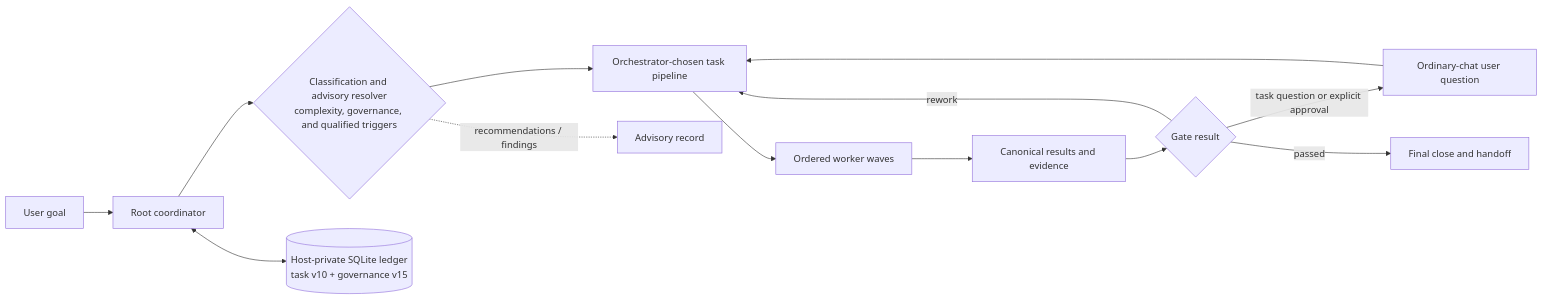
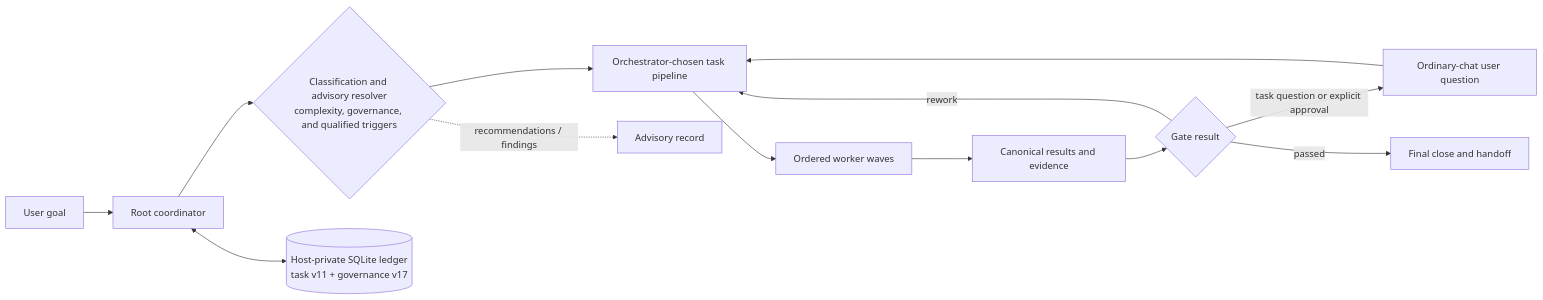
One commit to igovet/codex-cortex-orchestrator changed the diagram in README.md. Above: the diagram before and after it, drawn with Mermaid. The commit also changed other lines of this file and 100 other files, not shown here.

````diff
--- a/README.md
+++ b/README.md
@@ -586,18 +585,18 @@
 ```mermaid
 flowchart LR
     U["User goal"] --> R["Root coordinator"]
     R --> M{"Classification and advisory resolver<br/>complexity, governance, and qualified triggers"}
 
     M --> P["Orchestrator-chosen task pipeline"]
     M -. "recommendations / findings" .-> A["Advisory record"]
 
     P --> W["Ordered worker waves"]
     W --> B["Canonical results and evidence"]
     B --> G{"Gate result"}
     G -- "rework" --> P
     G -- "task question or explicit approval" --> Q["Ordinary-chat user question"]
     Q --> P
     G -- "passed" --> C["Final close and handoff"]
 
-    R <--> L[("Host-private SQLite ledger<br/>task v10 + governance v15")]
+    R <--> L[("Host-private SQLite ledger<br/>task v11 + governance v17")]
 ```
````
